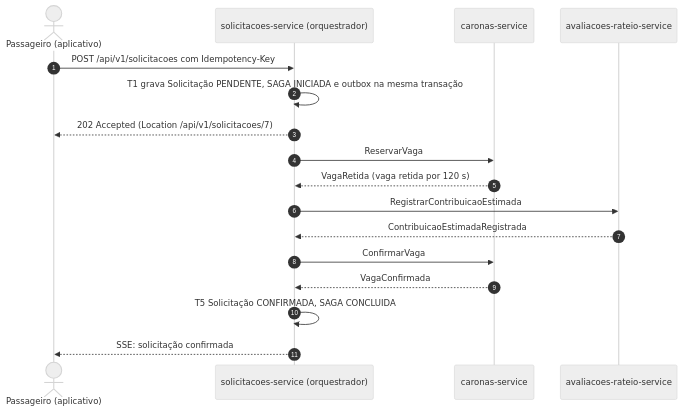
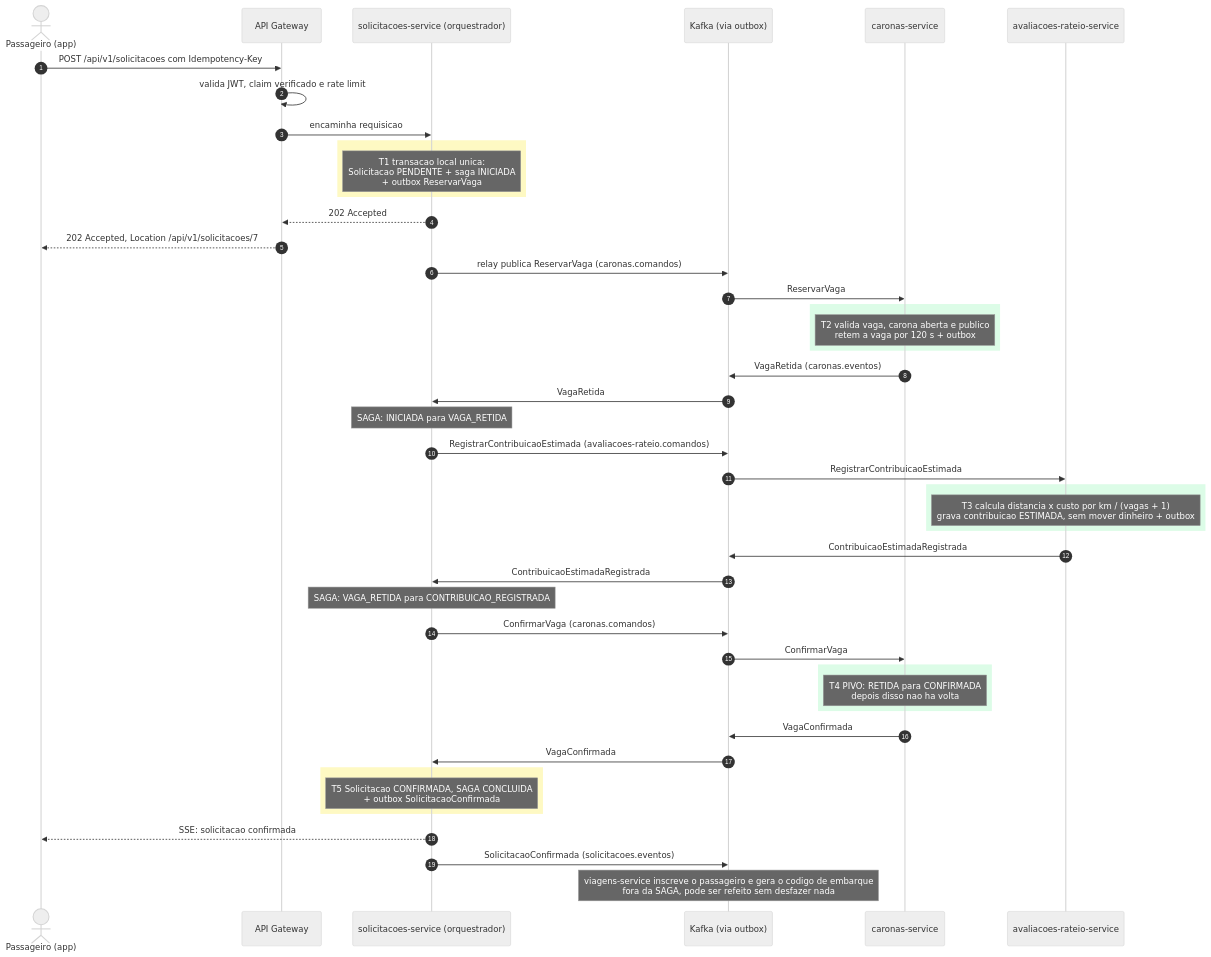
Before and after one commit to eijuliamorais/campus-ride-platform: the fifth of 7 diagrams in documentos/parte2-arquitetura/Arquitetura.md, drawn with Mermaid (neutral theme). The commit also changed other lines of this file and 5 other files, not shown here.

Commit message:
docs(arquitetura): atualiza diagramas Mermaid com sintaxe precisa e refinada

````diff
--- a/documentos/parte2-arquitetura/Arquitetura.md
+++ b/documentos/parte2-arquitetura/Arquitetura.md
@@ -719,19 +823,52 @@
 ```mermaid
 sequenceDiagram
-  autonumber
-  actor P as Passageiro (aplicativo)
-  participant S as solicitacoes-service (orquestrador)
-  participant C as caronas-service
-  participant R as avaliacoes-rateio-service
-  P->>S: POST /api/v1/solicitacoes com Idempotency-Key
-  S->>S: T1 grava Solicitação PENDENTE, SAGA INICIADA e outbox na mesma transação
-  S-->>P: 202 Accepted (Location /api/v1/solicitacoes/7)
-  S->>C: ReservarVaga
-  C-->>S: VagaRetida (vaga retida por 120 s)
-  S->>R: RegistrarContribuicaoEstimada
-  R-->>S: ContribuicaoEstimadaRegistrada
-  S->>C: ConfirmarVaga
-  C-->>S: VagaConfirmada
-  S->>S: T5 Solicitação CONFIRMADA, SAGA CONCLUIDA
-  S-->>P: SSE: solicitação confirmada
+    autonumber
+    actor P as Passageiro (app)
+    participant GW as API Gateway
+    participant S as solicitacoes-service (orquestrador)
+    participant K as Kafka (via outbox)
+    participant C as caronas-service
+    participant R as avaliacoes-rateio-service
+
+    P->>GW: POST /api/v1/solicitacoes com Idempotency-Key
+    GW->>GW: valida JWT, claim verificado e rate limit
+    GW->>S: encaminha requisicao
+    rect rgb(254, 249, 195)
+        Note over S: T1 transacao local unica:<br/>Solicitacao PENDENTE + saga INICIADA<br/>+ outbox ReservarVaga
+    end
+    S-->>GW: 202 Accepted
+    GW-->>P: 202 Accepted, Location /api/v1/solicitacoes/7
+
+    S->>K: relay publica ReservarVaga (caronas.comandos)
+    K->>C: ReservarVaga
+    rect rgb(220, 252, 231)
+        Note over C: T2 valida vaga, carona aberta e publico<br/>retem a vaga por 120 s + outbox
+    end
+    C->>K: VagaRetida (caronas.eventos)
+    K->>S: VagaRetida
+    Note over S: SAGA: INICIADA para VAGA_RETIDA
+
+    S->>K: RegistrarContribuicaoEstimada (avaliacoes-rateio.comandos)
+    K->>R: RegistrarContribuicaoEstimada
+    rect rgb(220, 252, 231)
+        Note over R: T3 calcula distancia x custo por km / (vagas + 1)<br/>grava contribuicao ESTIMADA, sem mover dinheiro + outbox
+    end
+    R->>K: ContribuicaoEstimadaRegistrada
+    K->>S: ContribuicaoEstimadaRegistrada
+    Note over S: SAGA: VAGA_RETIDA para CONTRIBUICAO_REGISTRADA
+
+    S->>K: ConfirmarVaga (caronas.comandos)
+    K->>C: ConfirmarVaga
+    rect rgb(220, 252, 231)
+        Note over C: T4 PIVO: RETIDA para CONFIRMADA<br/>depois disso nao ha volta
+    end
+    C->>K: VagaConfirmada
+    K->>S: VagaConfirmada
+
+    rect rgb(254, 249, 195)
+        Note over S: T5 Solicitacao CONFIRMADA, SAGA CONCLUIDA<br/>+ outbox SolicitacaoConfirmada
+    end
+    S-->>P: SSE: solicitacao confirmada
+    S->>K: SolicitacaoConfirmada (solicitacoes.eventos)
+    Note over K: viagens-service inscreve o passageiro e gera o codigo de embarque<br/>fora da SAGA, pode ser refeito sem desfazer nada
 ```
````
